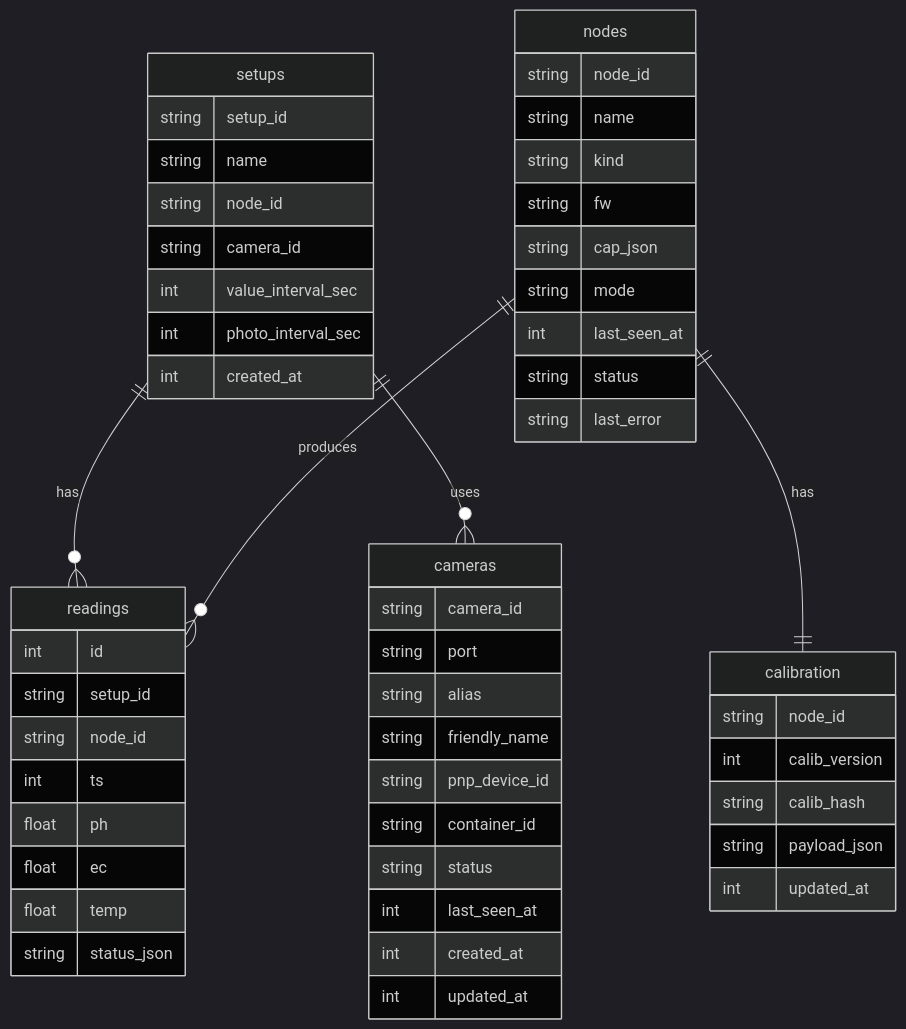
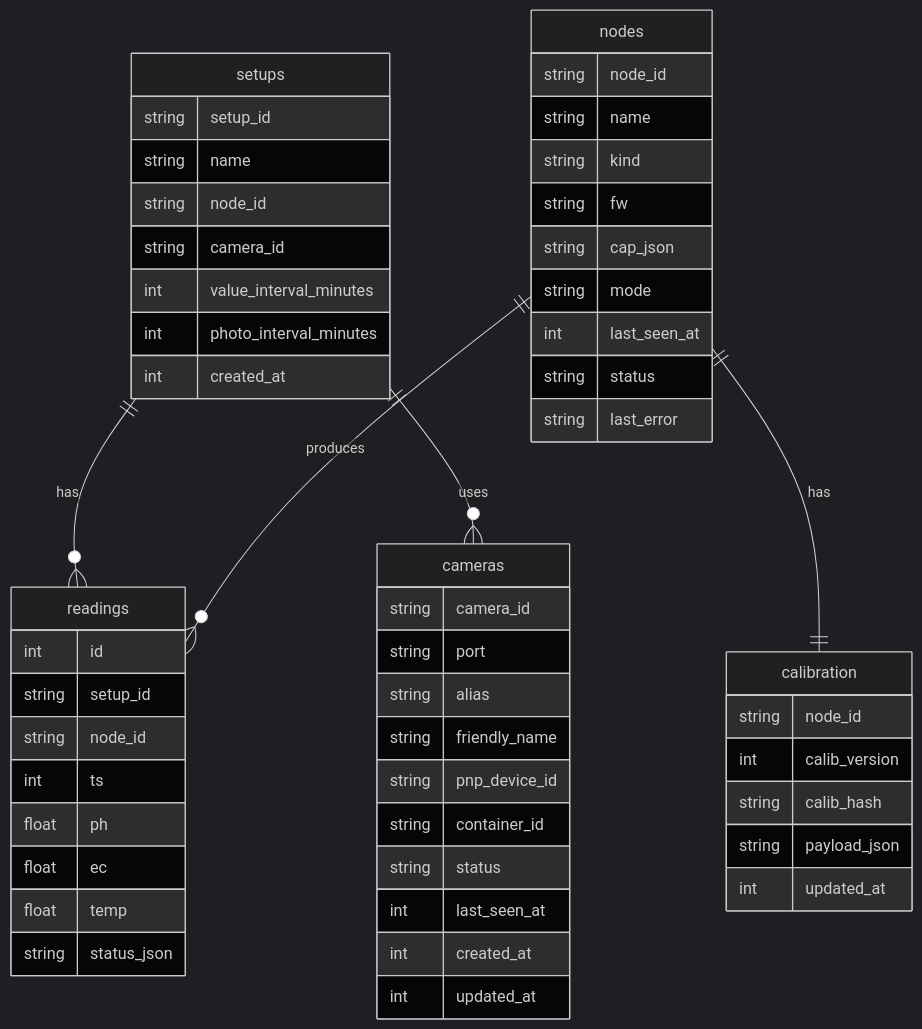
The diagram in docs/data-model.md (nilu-s/Hydroponik_Observer), drawn with Mermaid (dark theme) before and after one commit. The commit also changed other lines of this file and 5 other files, not shown here.

````diff
--- a/docs/data-model.md
+++ b/docs/data-model.md
@@ -7,61 +7,61 @@
 ```mermaid
 erDiagram
   setups ||--o{ readings : has
   nodes ||--o{ readings : produces
   setups ||--o{ cameras : uses
   nodes ||--|| calibration : has
 
   setups {
     string setup_id
     string name
     string node_id
     string camera_id
-    int value_interval_sec
-    int photo_interval_sec
+    int value_interval_minutes
+    int photo_interval_minutes
     int created_at
   }
 
   nodes {
     string node_id
     string name
     string kind
     string fw
     string cap_json
     string mode
     int last_seen_at
     string status
     string last_error
   }
 
   readings {
     int id
     string setup_id
     string node_id
     int ts
     float ph
     float ec
     float temp
     string status_json
   }
 
   cameras {
     string camera_id
     string port
     string alias
     string friendly_name
     string pnp_device_id
     string container_id
     string status
     int last_seen_at
     int created_at
     int updated_at
   }
 
   calibration {
     string node_id
     int calib_version
     string calib_hash
     string payload_json
     int updated_at
   }
 ```
````
